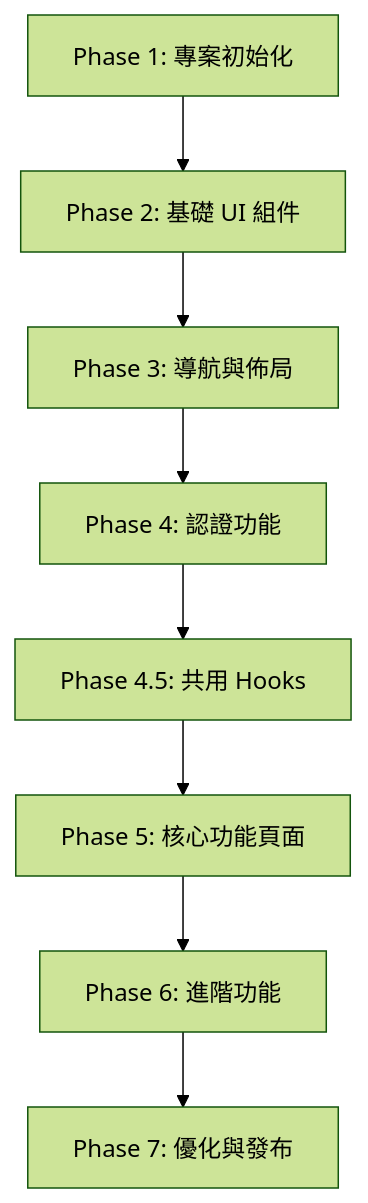
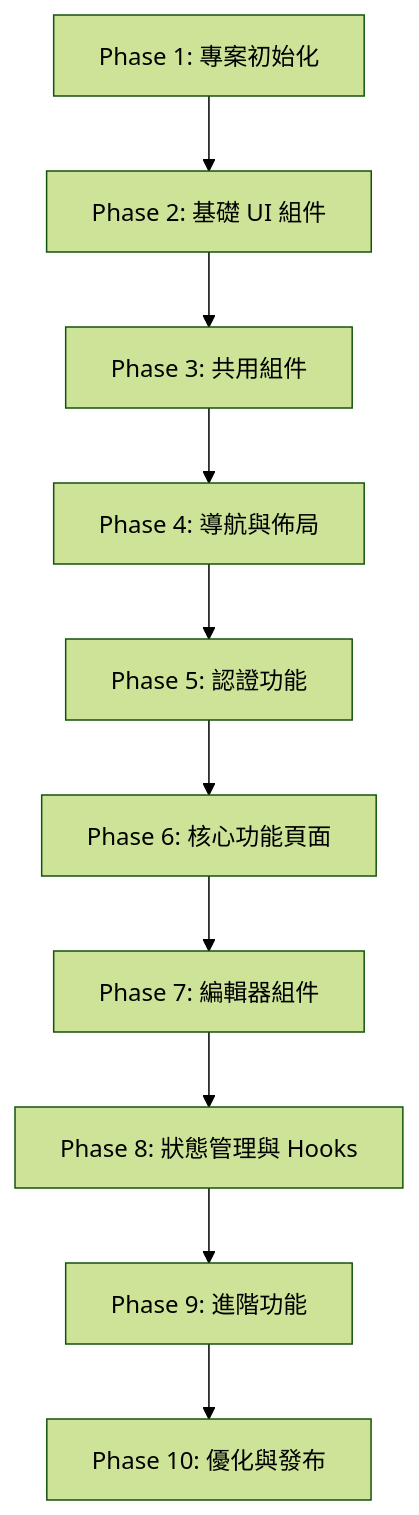
Before and after one commit to vincentxuu/nobodyclimb: the diagram in docs/app-ui/tasks.md, drawn with Mermaid (forest theme). The commit also changed other lines of this file and 343 other files, not shown here.

````diff
--- a/docs/app-ui/tasks.md
+++ b/docs/app-ui/tasks.md
@@ -520,10 +1522,12 @@
 ```mermaid
 graph TD
     A[Phase 1: 專案初始化] --> B[Phase 2: 基礎 UI 組件]
-    B --> C[Phase 3: 導航與佈局]
-    C --> D[Phase 4: 認證功能]
-    D --> D5[Phase 4.5: 共用 Hooks]
-    D5 --> E[Phase 5: 核心功能頁面]
-    E --> F[Phase 6: 進階功能]
-    F --> G[Phase 7: 優化與發布]
+    B --> C[Phase 3: 共用組件]
+    C --> D[Phase 4: 導航與佈局]
+    D --> E[Phase 5: 認證功能]
+    E --> F[Phase 6: 核心功能頁面]
+    F --> G[Phase 7: 編輯器組件]
+    G --> H[Phase 8: 狀態管理與 Hooks]
+    H --> I[Phase 9: 進階功能]
+    I --> J[Phase 10: 優化與發布]
 ```
````
